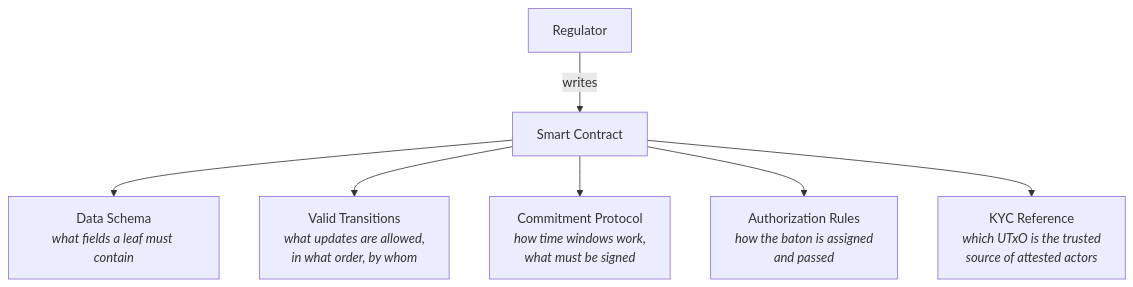
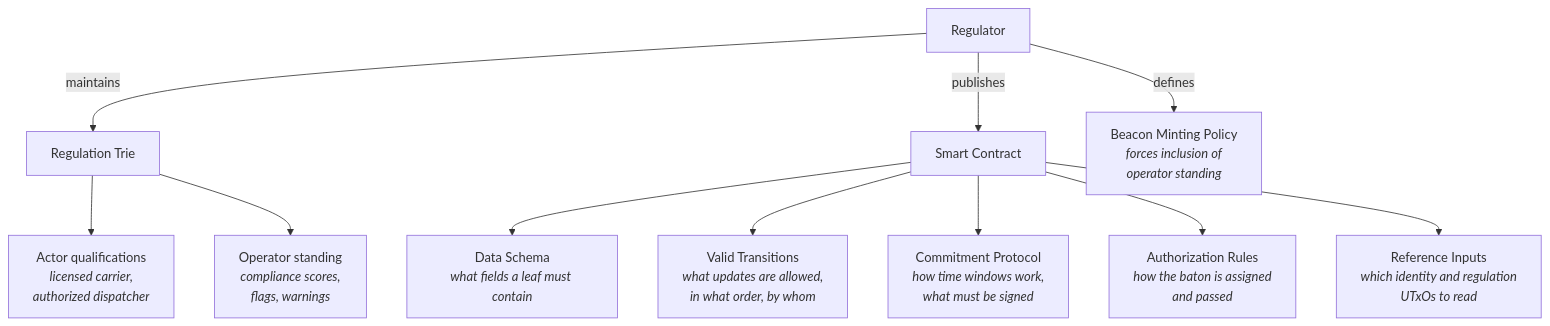
Before and after one commit to lambdasistemi/cardano-for-regulators: the sixth of 20 diagrams in docs/framework/schema.md, drawn with Mermaid. The commit also changed other lines of this file and 8 other files, not shown here.

First line of the commit message:
Fix mermaid HTML labels and deploy on every push (#5)

````diff
--- a/docs/framework/schema.md
+++ b/docs/framework/schema.md
@@ -131,10 +244,17 @@
 ```mermaid
 graph TD
-    REG[Regulator] -->|writes| SC[Smart Contract]
+    REG[Regulator]
 
+    REG -->|maintains| RT[Regulation Trie]
+    RT --> Q1[Actor qualifications<br/><i>licensed carrier,<br/>authorized dispatcher</i>]
+    RT --> Q2[Operator standing<br/><i>compliance scores,<br/>flags, warnings</i>]
+
+    REG -->|publishes| SC[Smart Contract]
     SC --> DS[Data Schema<br/><i>what fields a leaf must contain</i>]
     SC --> VT[Valid Transitions<br/><i>what updates are allowed,<br/>in what order, by whom</i>]
     SC --> CP[Commitment Protocol<br/><i>how time windows work,<br/>what must be signed</i>]
     SC --> AR[Authorization Rules<br/><i>how the baton is assigned<br/>and passed</i>]
-    SC --> KR[KYC Reference<br/><i>which UTxO is the trusted<br/>source of attested actors</i>]
+    SC --> REF[Reference Inputs<br/><i>which identity and regulation<br/>UTxOs to read</i>]
+
+    REG -->|defines| MP[Beacon Minting Policy<br/><i>forces inclusion of<br/>operator standing</i>]
 ```
````
